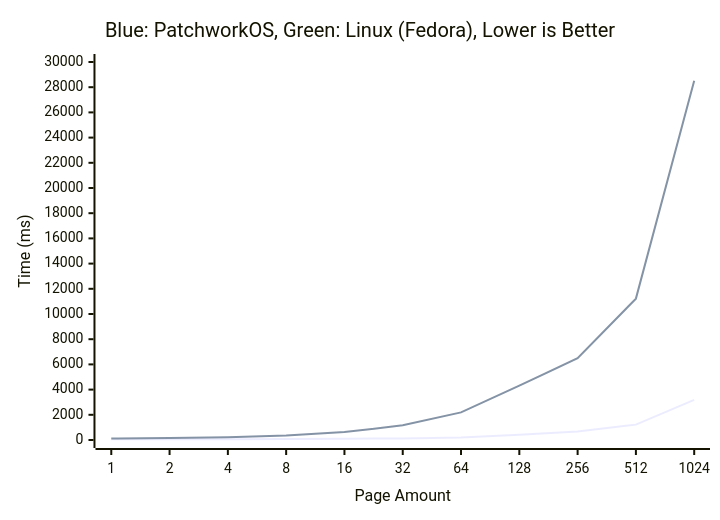
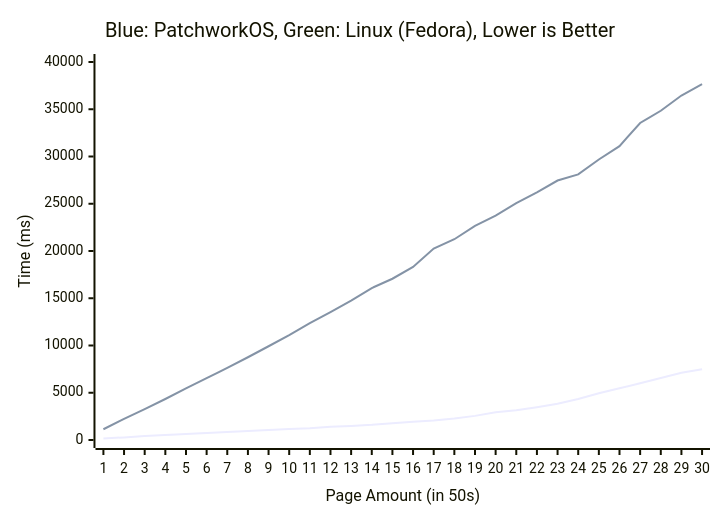
Before and after one commit to KaiNorberg/PatchworkOS: the diagram in README.md, drawn with Mermaid. The commit also changed other lines of this file and 1 other file, not shown here.

````diff
--- a/README.md
+++ b/README.md
@@ -92,8 +92,8 @@
 ```mermaid
 xychart-beta
 title "Blue: PatchworkOS, Green: Linux (Fedora), Lower is Better"
-x-axis "Page Amount" [1, 2, 4, 8, 16, 32, 64, 128, 256, 512, 1024]
-y-axis "Time (ms)" 0 --> 30000
-line [69, 69, 69, 75, 108, 127, 205, 413, 667, 1220, 3187]
-line [118, 150, 216, 358, 627, 1167, 2193, 4313, 6487, 11221, 28519]
+x-axis "Page Amount (in 50s)" [1, 2, 3, 4, 5, 6, 7, 8, 9, 10, 11, 12, 13, 14, 15, 16, 17, 18, 19, 20, 21, 22, 23, 24, 25, 26, 27, 28, 29, 30]
+y-axis "Time (ms)" 0 --> 40000
+line [157, 275, 420, 519, 622, 740, 838, 955, 1068, 1175, 1251, 1392, 1478, 1601, 1782, 1938, 2069, 2277, 2552, 2938, 3158, 3473, 3832, 4344, 4944, 5467, 6010, 6554, 7114, 7486]
+line [1138, 2226, 3275, 4337, 5453, 6537, 7627, 8757, 9921, 11106, 12358, 13535, 14751, 16081, 17065, 18308, 20254, 21247, 22653, 23754, 25056, 26210, 27459, 28110, 29682, 31096, 33547, 34840, 36455, 37660]
 ```
````
